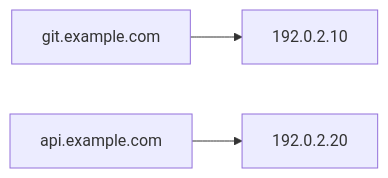
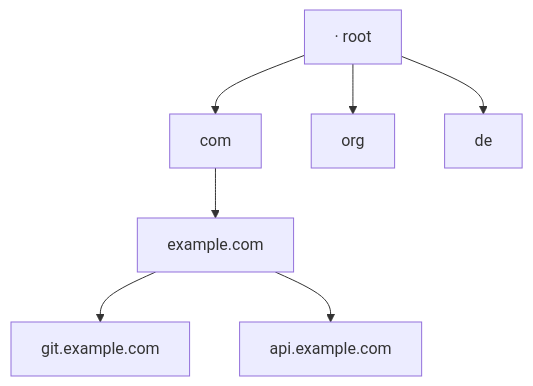
Before and after one commit to RyanM-Dev/My-Summery: the tenth of 12 diagrams in DevOps/NaNa/Linux/6. Networking Fundamentals.md, drawn with Mermaid. The commit also changed other lines of this file and 16 other files, not shown here.

````diff
--- a/DevOps/NaNa/Linux/6. Networking Fundamentals.md
+++ b/DevOps/NaNa/Linux/6. Networking Fundamentals.md
@@ -1055,9 +533,9 @@
 ```mermaid
-flowchart LR
-    N0["git.example.com"]
-    N1["192.0.2.10"]
-    N2["api.example.com"]
-    N3["192.0.2.20"]
-    N0 --> N1
-    N2 --> N3
+flowchart TD
+    ROOT["· root"] --> COM["com"]
+    ROOT --> ORG["org"]
+    ROOT --> DE["de"]
+    COM --> EX["example.com"]
+    EX --> GIT["git.example.com"]
+    EX --> API["api.example.com"]
 ```
````
